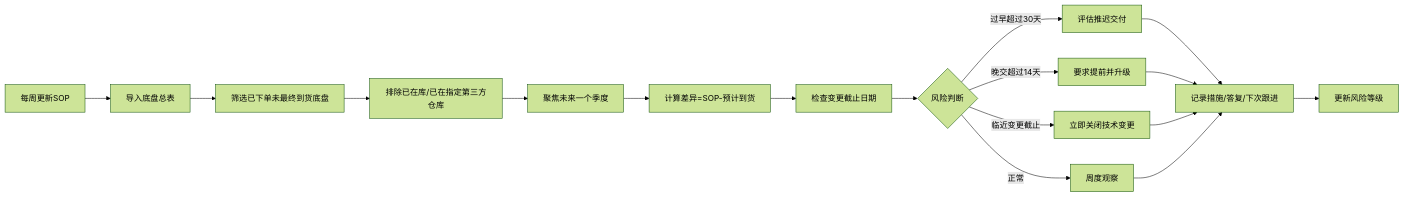
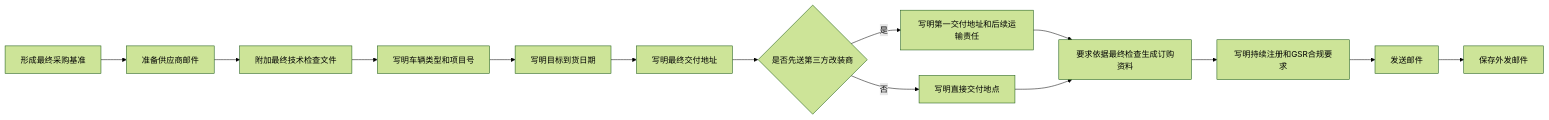
One commit to giengenbw/chassisprocess changed diagram 13 of 52 in README.md. Above: the diagram before and after it, drawn with Mermaid (forest theme). The commit also changed other lines of this file, not shown here.

````diff
--- a/README.md
+++ b/README.md
@@ -592,19 +276,16 @@
 ```mermaid
 flowchart LR
-    A[每周更新SOP] --> B[导入底盘总表]
-    B --> C[筛选已下单未最终到货底盘]
-    C --> D[排除已在库/已在指定第三方仓库]
-    D --> E[聚焦未来一个季度]
-    E --> F[计算差异=SOP-预计到货]
-    F --> G[检查变更截止日期]
-    G --> H{风险判断}
-    H -->|正常| I[周度观察]
-    H -->|过早超过30天| J[评估推迟交付]
-    H -->|晚交超过14天| K[要求提前并升级]
-    H -->|临近变更截止| L[立即关闭技术变更]
-    J --> M[记录措施/答复/下次跟进]
-    K --> M
-    L --> M
-    I --> M
-    M --> N[更新风险等级]
+    A[形成最终采购基准] --> B[准备供应商邮件]
+    B --> C[附加最终技术检查文件]
+    C --> D[写明车辆类型和项目号]
+    D --> E[写明目标到货日期]
+    E --> F[写明最终交付地址]
+    F --> G{是否先送第三方改装商}
+    G -->|是| H[写明第一交付地址和后续运输责任]
+    G -->|否| I[写明直接交付地点]
+    H --> J[要求依据最终检查生成订购资料]
+    I --> J
+    J --> K[写明持续注册和GSR合规要求]
+    K --> L[发送邮件]
+    L --> M[保存外发邮件]
 ```
````
